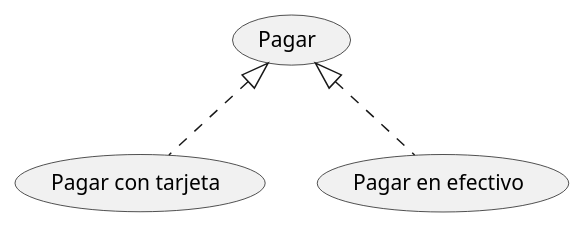
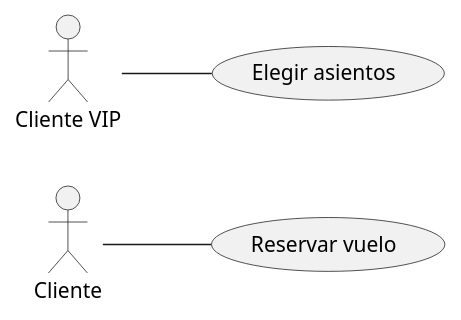
Before and after one commit to NuriaSan/Practica_Clases_PlantUml: the diagram in src/Proyecto.puml, drawn with PlantUML. The commit also changed 1 other file, not shown here.

Commit message:
Elementos del diagrama. Generalización con actores

```diff
--- a/src/Proyecto.puml
+++ b/src/Proyecto.puml
@@ -1,8 +1,8 @@
 @startuml
-usecase "Pagar" as p
-usecase "Pagar con tarjeta" as pt
-usecase "Pagar en efectivo" as pe
-    p <|.. pt
-    p <|.. pe
+left to right direction
+usecase "Reservar vuelo" as rv
+usecase "Elegir asientos" as ea
+    "Cliente VIP" -- ea
+    "Cliente" -- rv
 
 @enduml
```
